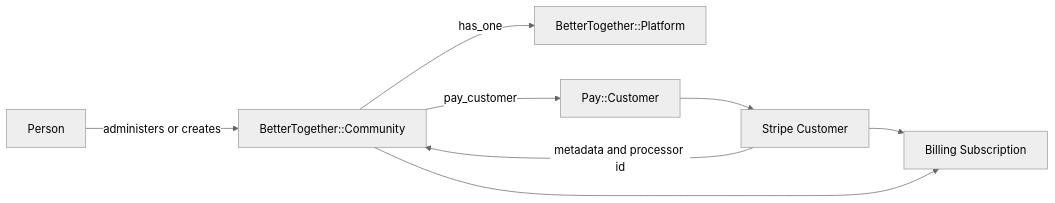
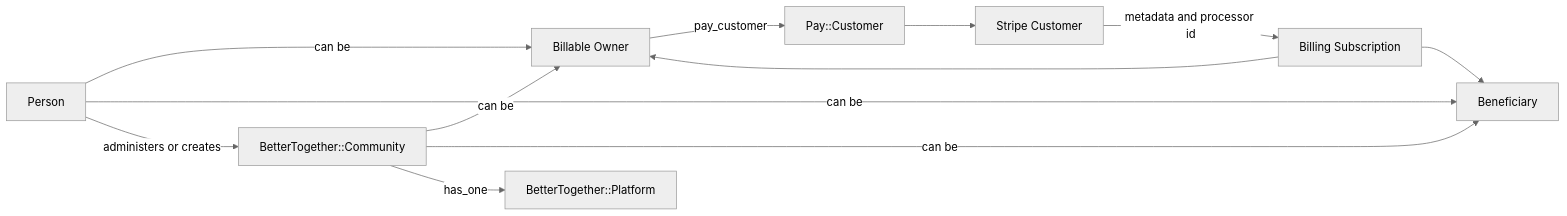
The third of 3 diagrams in docs/payments-stripe-first-foundation.md (better-together-org/community-engine-rails), drawn with Mermaid (neutral theme) before and after one commit. The commit also changed other lines of this file and 14 other files, not shown here.

````diff
--- a/docs/payments-stripe-first-foundation.md
+++ b/docs/payments-stripe-first-foundation.md
@@ -86,17 +91,23 @@
 ```mermaid
 flowchart LR
   Person[Person]
   Community[BetterTogether::Community]
   Platform[BetterTogether::Platform]
+  BillableOwner[Billable Owner]
+  Beneficiary[Beneficiary]
   PayCustomer[Pay::Customer]
   StripeCustomer[Stripe Customer]
   LocalSub[Billing Subscription]
 
+  Person -->|can be| BillableOwner
+  Community -->|can be| BillableOwner
+  Person -->|can be| Beneficiary
+  Community -->|can be| Beneficiary
   Person -->|administers or creates| Community
   Community -->|has_one| Platform
-  Community -->|pay_customer| PayCustomer
+  BillableOwner -->|pay_customer| PayCustomer
   PayCustomer --> StripeCustomer
-  StripeCustomer -->|metadata and processor id| Community
-  StripeCustomer --> LocalSub
-  Community --> LocalSub
+  StripeCustomer -->|metadata and processor id| LocalSub
+  LocalSub --> BillableOwner
+  LocalSub --> Beneficiary
 ```
````
